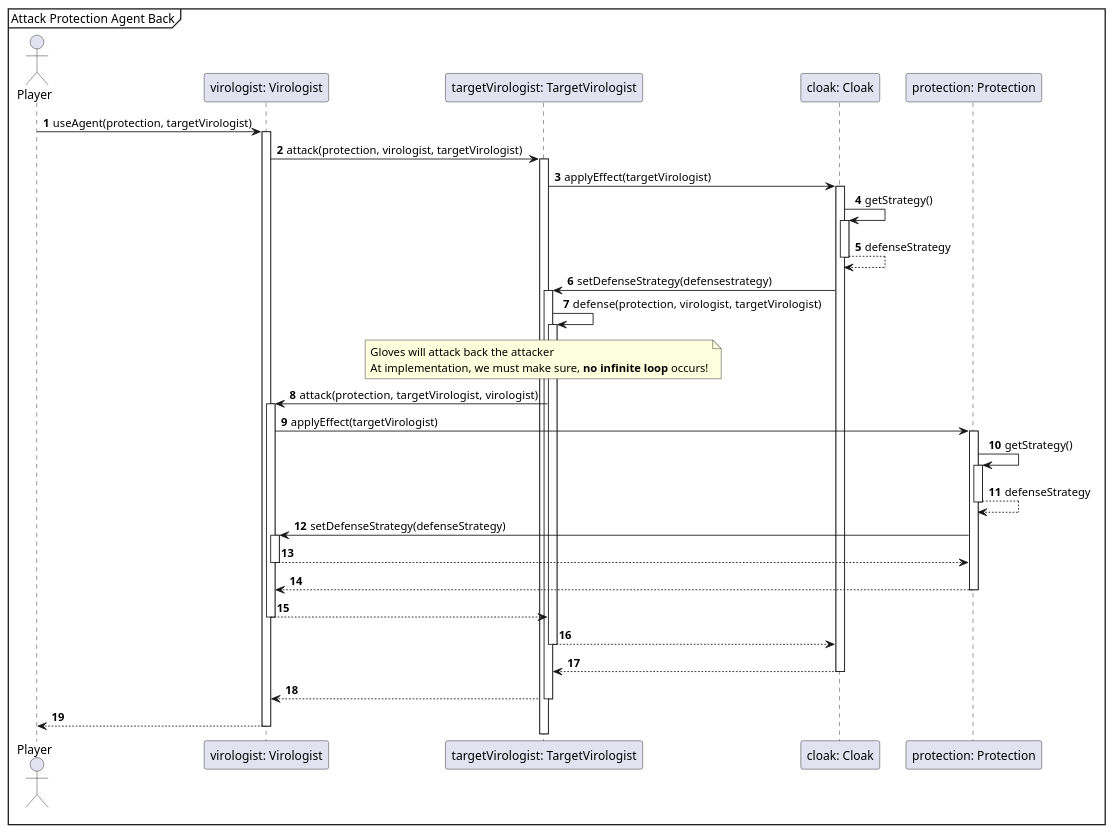
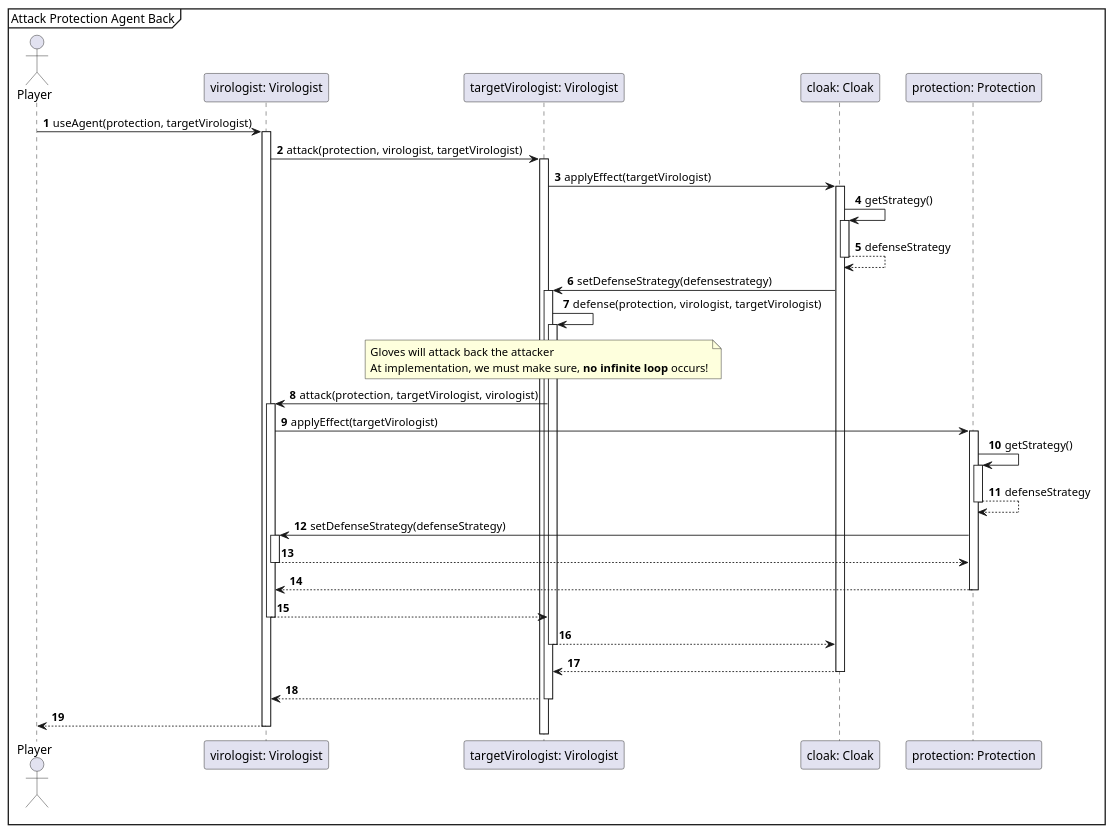
The diagram in Exact Sequence-diagrams/AttackProtectionAgentBACK.puml (Projlab-csb/projlab-virologus), drawn with PlantUML before and after one commit. The commit also changed 20 other files, not shown here.

Commit message:
Little changes in sequences

```diff
--- a/Exact Sequence-diagrams/AttackProtectionAgentBACK.puml
+++ b/Exact Sequence-diagrams/AttackProtectionAgentBACK.puml
@@ -1,45 +1,45 @@
 @startuml
 'https://plantuml.com/sequence-diagram
 
 autonumber
 
 mainframe Attack Protection Agent Back
 
 actor Player
 
 Player -> "virologist: Virologist"++: useAgent(protection, targetVirologist)
- "virologist: Virologist" -> "targetVirologist: TargetVirologist"++: attack(protection, virologist, targetVirologist)
+ "virologist: Virologist" -> "targetVirologist: Virologist"++: attack(protection, virologist, targetVirologist)
 
- "targetVirologist: TargetVirologist" -> "cloak: Cloak" ++ : applyEffect(targetVirologist)
+ "targetVirologist: Virologist" -> "cloak: Cloak" ++ : applyEffect(targetVirologist)
 
  "cloak: Cloak"  -> "cloak: Cloak" ++ : getStrategy()
  "cloak: Cloak"  --> "cloak: Cloak" -- : defenseStrategy
 
- "cloak: Cloak"  -> "targetVirologist: TargetVirologist"++: setDefenseStrategy(defensestrategy)
+ "cloak: Cloak"  -> "targetVirologist: Virologist"++: setDefenseStrategy(defensestrategy)
 
-"targetVirologist: TargetVirologist" -> "targetVirologist: TargetVirologist"++: defense(protection, virologist,  targetVirologist)
+"targetVirologist: Virologist" -> "targetVirologist: Virologist"++: defense(protection, virologist,  targetVirologist)
 
-note over "targetVirologist: TargetVirologist"
+note over "targetVirologist: Virologist"
     Gloves will attack back the attacker
     At implementation, we must make sure, **no infinite loop** occurs!
 end note
 
-"targetVirologist: TargetVirologist" -> "virologist: Virologist"++: attack(protection,  targetVirologist, virologist)
+"targetVirologist: Virologist" -> "virologist: Virologist"++: attack(protection,  targetVirologist, virologist)
 "virologist: Virologist" -> "protection: Protection"++ : applyEffect(targetVirologist)
 
     "protection: Protection" -> "protection: Protection"++ : getStrategy()
     "protection: Protection" --> "protection: Protection"-- : defenseStrategy
 
     "protection: Protection" -> "virologist: Virologist"++: setDefenseStrategy(defenseStrategy)
     "virologist: Virologist" --> "protection: Protection"--
  "protection: Protection" --> "virologist: Virologist"--
-"virologist: Virologist" --> "targetVirologist: TargetVirologist"--
+"virologist: Virologist" --> "targetVirologist: Virologist"--
 
-"targetVirologist: TargetVirologist" --> "cloak: Cloak" --
-"cloak: Cloak" --> "targetVirologist: TargetVirologist" --
+"targetVirologist: Virologist" --> "cloak: Cloak" --
+"cloak: Cloak" --> "targetVirologist: Virologist" --
 
 
-"targetVirologist: TargetVirologist" --> "virologist: Virologist" --
+"targetVirologist: Virologist" --> "virologist: Virologist" --
 
 "virologist: Virologist" --> Player --
 @enduml
```
